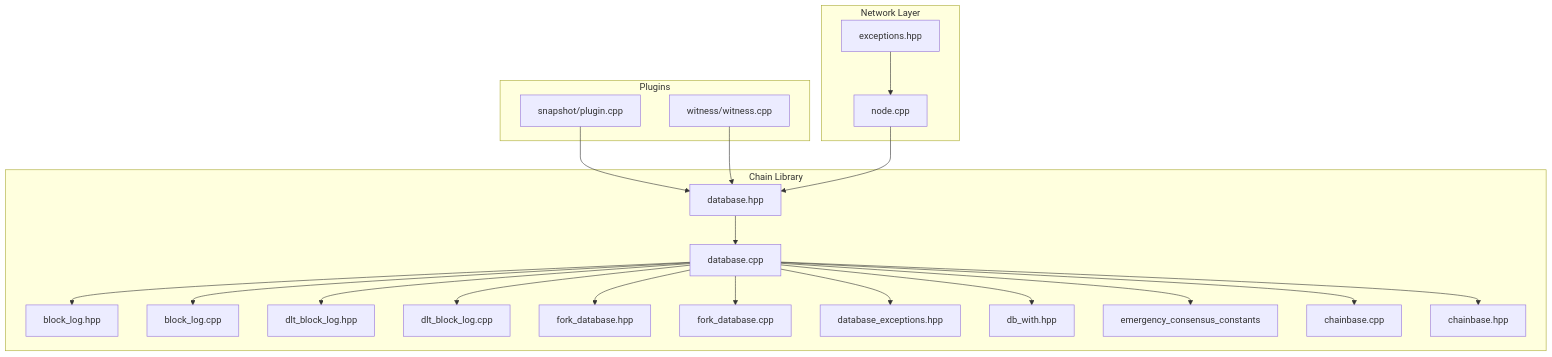
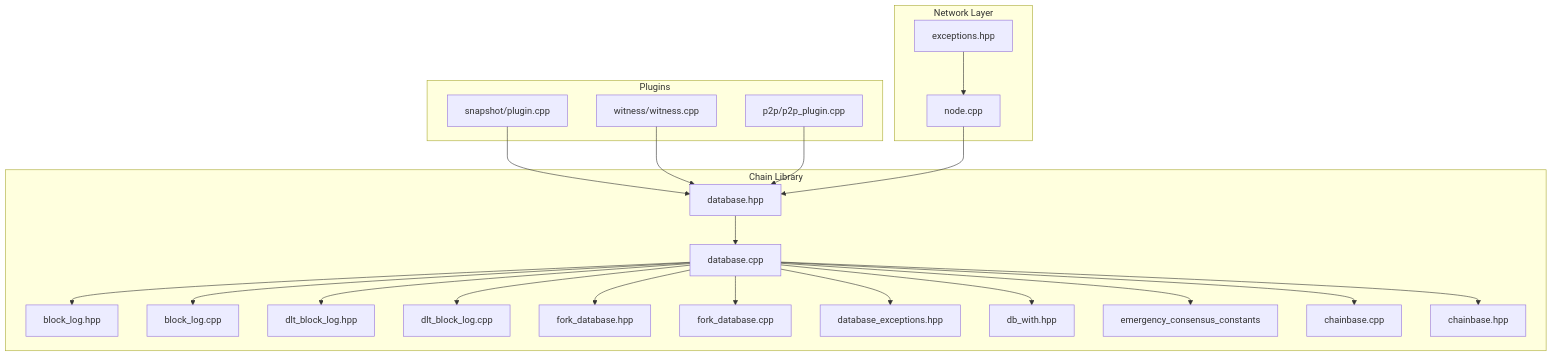
The first of 26 diagrams in .qoder/repowiki/en/content/Architecture Overview/Core Libraries/Chain Library/Database Management/Database Management.md (VIZ-Blockchain/viz-cpp-node), drawn with Mermaid before and after one commit. The commit also changed other lines of this file and 3 other files, not shown here.

````diff
--- a/.qoder/repowiki/en/content/Architecture Overview/Core Libraries/Chain Library/Database Management/Database Management.md
+++ b/.qoder/repowiki/en/content/Architecture Overview/Core Libraries/Chain Library/Database Management/Database Management.md
@@ -64,42 +66,44 @@
 ```mermaid
 graph TB
 subgraph "Chain Library"
 DBH["database.hpp"]
 DBCPP["database.cpp"]
 BLH["block_log.hpp"]
 BLCPP["block_log.cpp"]
 DLTH["dlt_block_log.hpp"]
 DLTCPP["dlt_block_log.cpp"]
 FDH["fork_database.hpp"]
 FDCPP["fork_database.cpp"]
 DEH["database_exceptions.hpp"]
 DBWH["db_with.hpp"]
 ENDH["emergency_consensus_constants"]
 CB["chainbase.cpp"]
 CBH["chainbase.hpp"]
 end
 subgraph "Plugins"
 SNAPH["snapshot/plugin.cpp"]
 WITNESS["witness/witness.cpp"]
+P2PH["p2p/p2p_plugin.cpp"]
 end
 subgraph "Network Layer"
 NODE["node.cpp"]
 EXC["exceptions.hpp"]
 end
 DBH --> DBCPP
 DBCPP --> BLH
 DBCPP --> BLCPP
 DBCPP --> DLTH
 DBCPP --> DLTCPP
 DBCPP --> FDH
 DBCPP --> FDCPP
 DBCPP --> DEH
 DBCPP --> DBWH
 DBCPP --> ENDH
 DBCPP --> CB
 DBCPP --> CBH
 SNAPH --> DBH
 WITNESS --> DBH
+P2PH --> DBH
 NODE --> DBH
 EXC --> NODE
 ```
````
